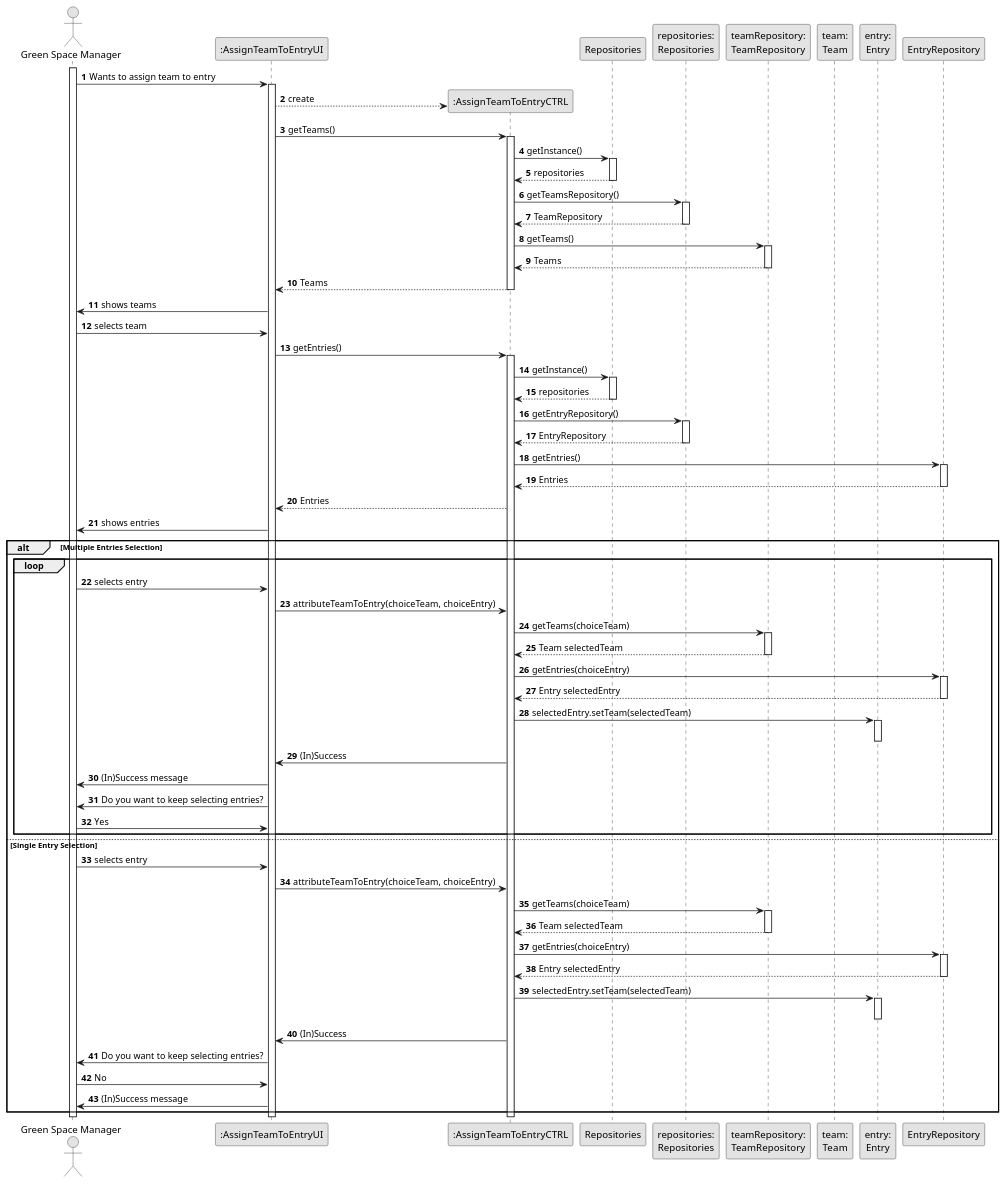
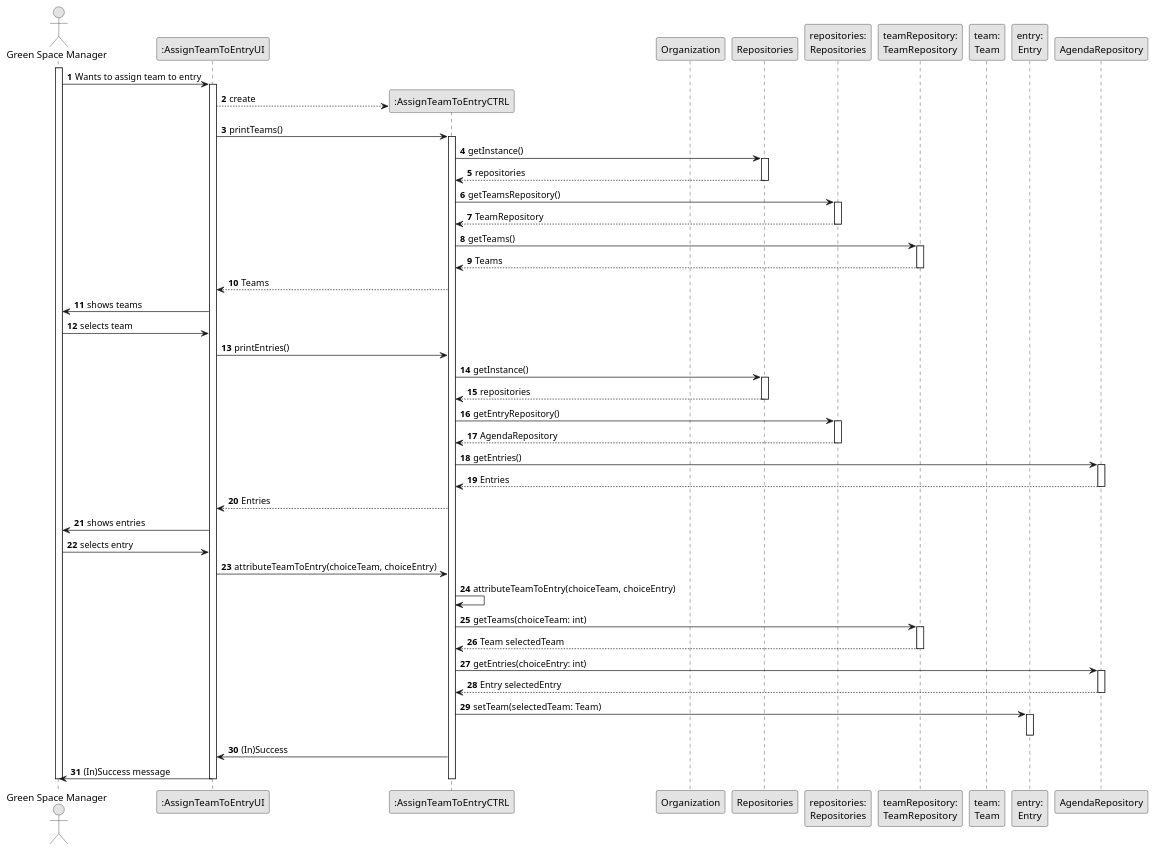
The diagram in docs/SprintC/us23/03.design/puml/us023-sequence-diagram-full.puml (Departamento-de-Engenharia-Informatica/lei-24-s2-1df-1de-g063), drawn with PlantUML before and after one commit. The commit also changed 8 other files, not shown here.

```diff
--- a/docs/SprintC/us23/03.design/puml/us023-sequence-diagram-full.puml
+++ b/docs/SprintC/us23/03.design/puml/us023-sequence-diagram-full.puml
@@ -1,109 +1,87 @@
 @startuml
 skinparam monochrome true
 skinparam packageStyle rectangle
 skinparam shadowing false
 
 autonumber
 
 actor "Green Space Manager" as GSM
 participant ":AssignTeamToEntryUI" as UI
 participant ":AssignTeamToEntryCTRL" as CTRL
+participant "Organization" as Org
 participant "Repositories" as Rep
 participant "repositories:\nRepositories" as Repositories
 participant "teamRepository:\nTeamRepository" as TeamRepository
 participant "team:\nTeam" as Team
 participant "entry:\nEntry" as Entry
 
+
 activate GSM
     GSM -> UI : Wants to assign team to entry
     activate UI
         UI --> CTRL** : create
-        UI -> CTRL : getTeams()
+        UI -> CTRL : printTeams()
         activate CTRL
 
             CTRL -> Rep : getInstance()
             activate Rep
                 Rep --> CTRL : repositories
             deactivate Rep
 
             CTRL -> Repositories : getTeamsRepository()
             activate Repositories
                 Repositories --> CTRL : TeamRepository
             deactivate Repositories
 
             CTRL -> TeamRepository : getTeams()
             activate TeamRepository
                 TeamRepository --> CTRL : Teams
             deactivate TeamRepository
 
         CTRL --> UI : Teams
-        deactivate CTRL
+
 
         UI -> GSM : shows teams
         GSM -> UI : selects team
-        UI -> CTRL : getEntries()
-        activate CTRL
+        UI -> CTRL : printEntries()
 
             CTRL -> Rep : getInstance()
             activate Rep
                 Rep --> CTRL : repositories
             deactivate Rep
 
             CTRL -> Repositories : getEntryRepository()
             activate Repositories
-                Repositories --> CTRL : EntryRepository
+                Repositories --> CTRL : AgendaRepository
             deactivate Repositories
 
-            CTRL -> EntryRepository : getEntries()
-            activate EntryRepository
-                EntryRepository --> CTRL : Entries
-            deactivate EntryRepository
+            CTRL -> AgendaRepository : getEntries()
+            activate AgendaRepository
+                AgendaRepository --> CTRL : Entries
+            deactivate AgendaRepository
 
         CTRL --> UI : Entries
         UI -> GSM : shows entries
 
-        alt Multiple Entries Selection
-            loop
-                GSM -> UI : selects entry
-                UI -> CTRL : attributeTeamToEntry(choiceTeam, choiceEntry)
-                CTRL -> TeamRepository : getTeams(choiceTeam)
-                    activate TeamRepository
-                        TeamRepository --> CTRL : Team selectedTeam
-                    deactivate TeamRepository
-                CTRL -> EntryRepository : getEntries(choiceEntry)
-                    activate EntryRepository
-                        EntryRepository --> CTRL : Entry selectedEntry
-                    deactivate EntryRepository
-                CTRL -> Entry : selectedEntry.setTeam(selectedTeam)
-                           activate Entry
-                           deactivate Entry
-                CTRL -> UI : (In)Success
-                UI-> GSM : (In)Success message
-                UI -> GSM : Do you want to keep selecting entries?
-                GSM -> UI : Yes
-            end
-        else Single Entry Selection
-            GSM -> UI : selects entry
-            UI -> CTRL : attributeTeamToEntry(choiceTeam, choiceEntry)
-            CTRL -> TeamRepository : getTeams(choiceTeam)
-                activate TeamRepository
-                    TeamRepository --> CTRL : Team selectedTeam
-                deactivate TeamRepository
-            CTRL -> EntryRepository : getEntries(choiceEntry)
-                activate EntryRepository
-                    EntryRepository --> CTRL : Entry selectedEntry
-                deactivate EntryRepository
+        GSM -> UI : selects entry
+        UI -> CTRL : attributeTeamToEntry(choiceTeam, choiceEntry)
+        CTRL -> CTRL : attributeTeamToEntry(choiceTeam, choiceEntry)
+        CTRL -> TeamRepository : getTeams(choiceTeam: int)
+            activate TeamRepository
+                TeamRepository --> CTRL : Team selectedTeam
+            deactivate TeamRepository
+        CTRL -> AgendaRepository : getEntries(choiceEntry: int)
+            activate AgendaRepository
+                AgendaRepository --> CTRL : Entry selectedEntry
+            deactivate AgendaRepository
 
-            CTRL -> Entry : selectedEntry.setTeam(selectedTeam)
-            activate Entry
-            deactivate Entry
-            CTRL -> UI : (In)Success
-            UI -> GSM : Do you want to keep selecting entries?
-            GSM -> UI : No
-            UI-> GSM : (In)Success message
-        end
+        CTRL -> Entry : setTeam(selectedTeam: Team)
+        activate Entry
+        deactivate Entry
+        CTRL -> UI : (In)Success
+        UI-> GSM : (In)Success message
 
         deactivate CTRL
     deactivate UI
 deactivate GSM
 @enduml
```
